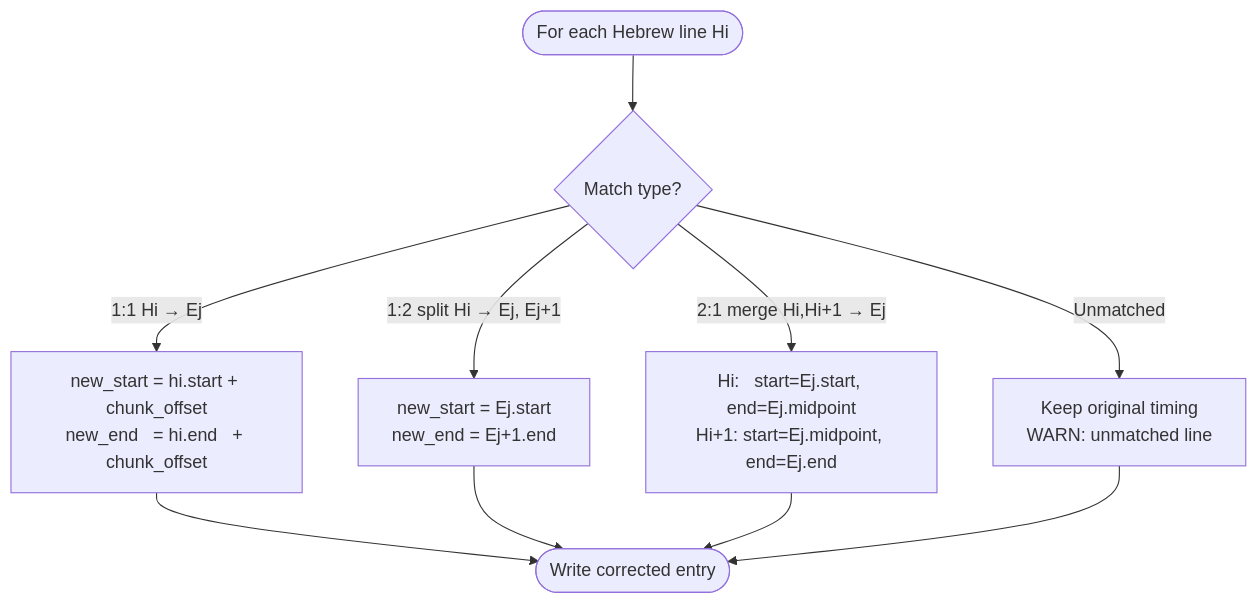
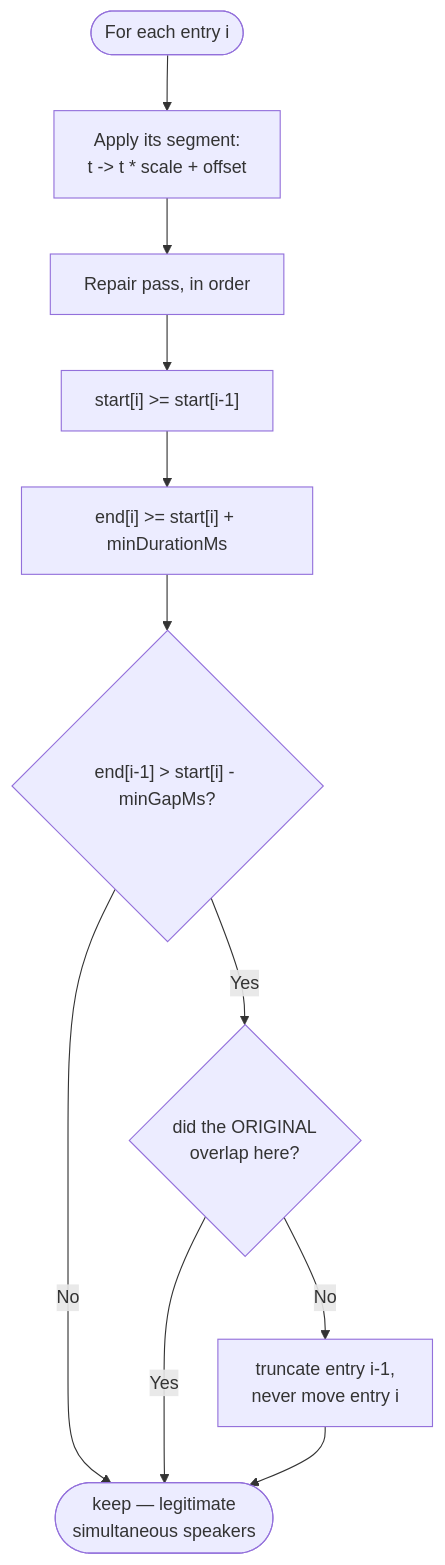
One commit to yoavain/screwzira-subtitle-downloader changed the eighth of 8 diagrams in docs/flow-charts.md. Above: the diagram before and after it, drawn with Mermaid. The commit also changed other lines of this file and 38 other files, not shown here.

````diff
--- a/docs/flow-charts.md
+++ b/docs/flow-charts.md
@@ -155,12 +192,13 @@
 ```mermaid
 flowchart TD
-    A([For each Hebrew line Hi]) --> B{Match type?}
-    B -- "1:1  Hi → Ej" --> C["new_start = hi.start + chunk_offset\nnew_end   = hi.end   + chunk_offset"]
-    B -- "1:2 split  Hi → Ej, Ej+1" --> D["new_start = Ej.start\nnew_end   = Ej+1.end"]
-    B -- "2:1 merge  Hi,Hi+1 → Ej" --> E["Hi:   start=Ej.start, end=Ej.midpoint\nHi+1: start=Ej.midpoint, end=Ej.end"]
-    B -- Unmatched --> F[Keep original timing\nWARN: unmatched line]
-    C --> G([Write corrected entry])
-    D --> G
-    E --> G
-    F --> G
+    A([For each entry i]) --> B["Apply its segment:<br/>t -> t * scale + offset"]
+    B --> C[Repair pass, in order]
+    C --> D["start[i] >= start[i-1]"]
+    D --> E["end[i] >= start[i] + minDurationMs"]
+    E --> F{"end[i-1] > start[i] - minGapMs?"}
+    F -- No --> H
+    F -- Yes --> G{did the ORIGINAL<br/>overlap here?}
+    G -- Yes --> H([keep — legitimate<br/>simultaneous speakers])
+    G -- No --> I[truncate entry i-1,<br/>never move entry i]
+    I --> H
 ```
````
